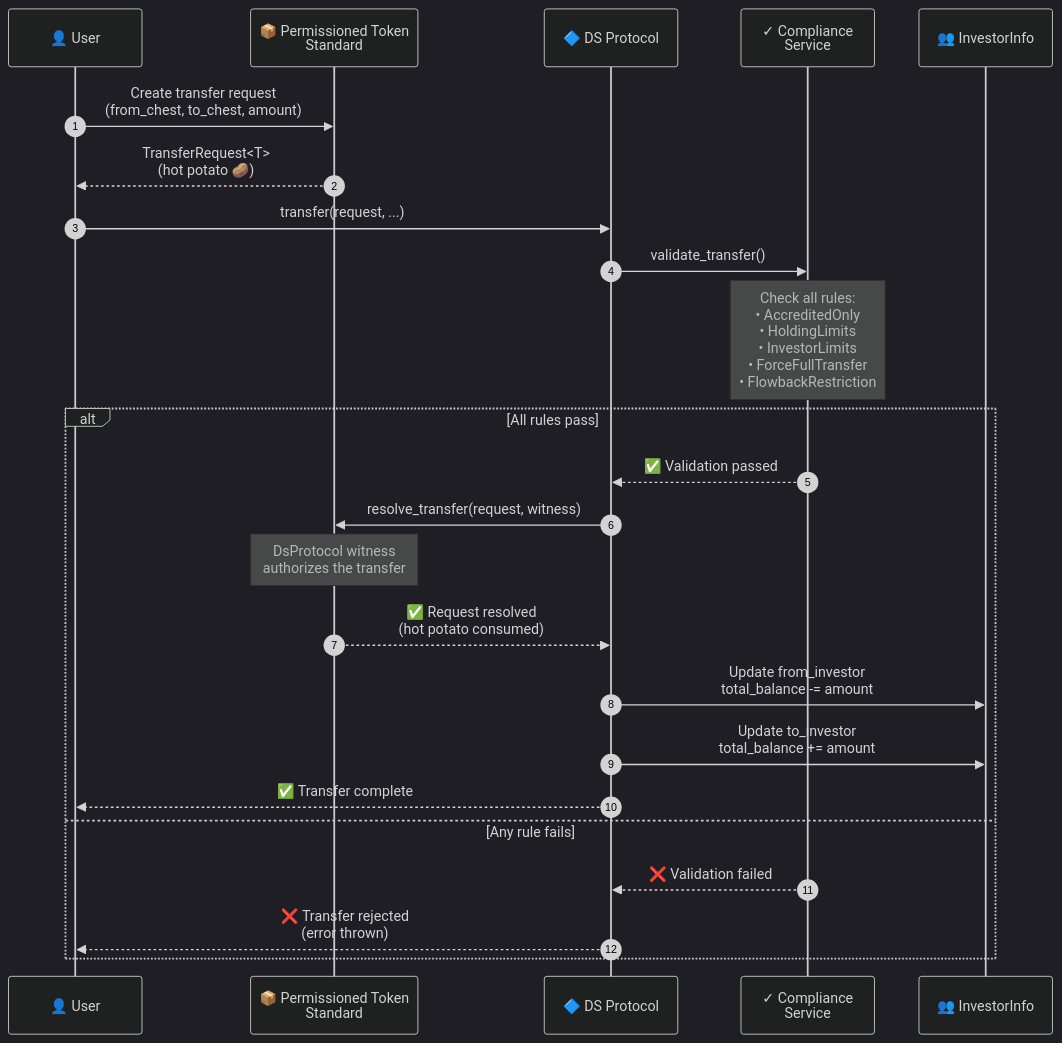
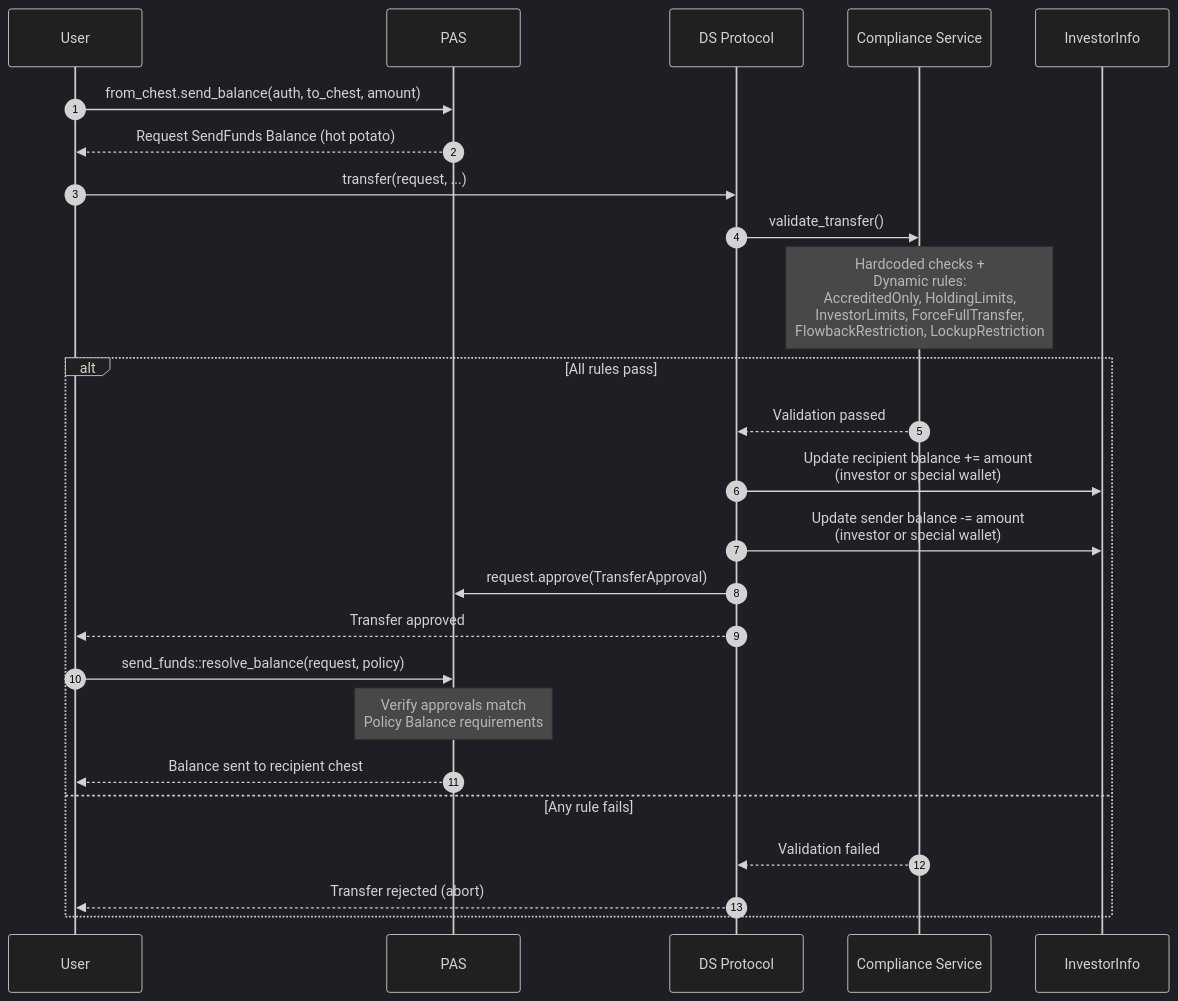
Before and after one commit to securitize-io/bc-sui-dstoken-sc: the diagram in docs/transfer-flow.md, drawn with Mermaid (dark theme). The commit also changed other lines of this file and 20 other files, not shown here.

Commit message:
feat: update PAS changes for Balance<T>

````diff
--- a/docs/transfer-flow.md
+++ b/docs/transfer-flow.md
@@ -3,34 +94,36 @@
 ```mermaid
 sequenceDiagram
     autonumber
-    participant User as 👤 User
-    participant PTS as 📦 Permissioned Token<br/>Standard
-    participant DS as 🔷 DS Protocol
-    participant Compliance as ✓ Compliance<br/>Service
-    participant Registry as 👥 InvestorInfo
+    participant User as User
+    participant PAS as PAS
+    participant DS as DS Protocol
+    participant Compliance as Compliance Service
+    participant Registry as InvestorInfo
 
-    User->>PTS: Create transfer request<br/>(from_chest, to_chest, amount)
-    PTS-->>User: TransferRequest<T><br/>(hot potato 🥔)
+    User->>PAS: from_chest.send_balance(auth, to_chest, amount)
+    PAS-->>User: Request SendFunds Balance (hot potato)
 
     User->>DS: transfer(request, ...)
 
     DS->>Compliance: validate_transfer()
 
-    Note over Compliance: Check all rules:<br/>• AccreditedOnly<br/>• HoldingLimits<br/>• InvestorLimits<br/>• ForceFullTransfer<br/>• FlowbackRestriction
+    Note over Compliance: Hardcoded checks +<br/>Dynamic rules:<br/>AccreditedOnly, HoldingLimits,<br/>InvestorLimits, ForceFullTransfer,<br/>FlowbackRestriction, LockupRestriction
 
     alt All rules pass
-        Compliance-->>DS: ✅ Validation passed
+        Compliance-->>DS: Validation passed
 
-        DS->>PTS: resolve_transfer(request, witness)
-        Note over PTS: DsProtocol witness<br/>authorizes the transfer
-        PTS-->>DS: ✅ Request resolved<br/>(hot potato consumed)
+        DS->>Registry: Update recipient balance += amount<br/>(investor or special wallet)
+        DS->>Registry: Update sender balance -= amount<br/>(investor or special wallet)
 
-        DS->>Registry: Update from_investor<br/>total_balance -= amount
-        DS->>Registry: Update to_investor<br/>total_balance += amount
+        DS->>PAS: request.approve(TransferApproval)
 
-        DS-->>User: ✅ Transfer complete
+        DS-->>User: Transfer approved
+
+        User->>PAS: send_funds::resolve_balance(request, policy)
+        Note over PAS: Verify approvals match<br/>Policy Balance requirements
+        PAS-->>User: Balance sent to recipient chest
     else Any rule fails
-        Compliance-->>DS: ❌ Validation failed
-        DS-->>User: ❌ Transfer rejected<br/>(error thrown)
+        Compliance-->>DS: Validation failed
+        DS-->>User: Transfer rejected (abort)
     end
 ```
````
